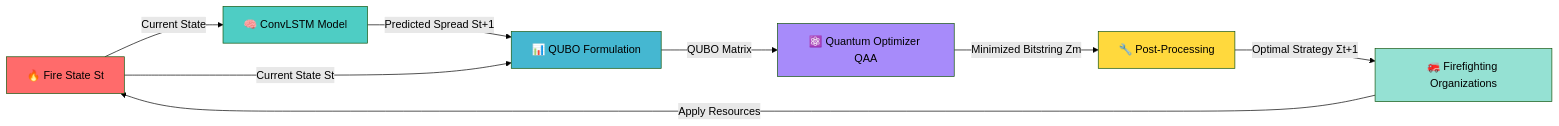
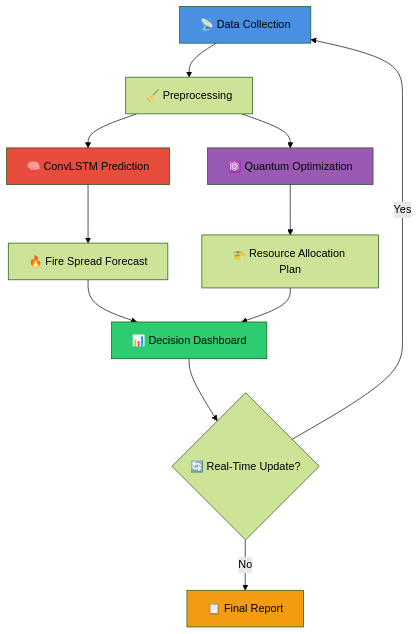
The diagram in README.md (qbrigade/hackathon_LATAM), drawn with Mermaid (forest theme) before and after one commit. The commit also changed other lines of this file, not shown here.

````diff
--- a/README.md
+++ b/README.md
@@ -124,17 +110,22 @@
 ```mermaid
-graph LR
-    F[🔥 Fire State St] -->|Current State| ML[🧠 ConvLSTM Model]
-    ML -->|Predicted Spread St+1| Classical[📊 QUBO Formulation]
-    F -->|Current State St| Classical
-    Classical -->|QUBO Matrix| QO[⚛️ Quantum Optimizer QAA]
-    QO -->|Minimized Bitstring Zm| PP[🔧 Post-Processing]
-    PP -->|Optimal Strategy Σt+1| W[🚒 Firefighting Organizations]
-    W -->|Apply Resources| F
+graph TB
+    A[📡 Data Collection] --> B[🧹 Preprocessing]
+    B --> C[🧠 ConvLSTM Prediction]
+    B --> D[⚛️ Quantum Optimization]
     
-    style F fill:#ff6b6b
-    style ML fill:#4ecdc4
-    style Classical fill:#45b7d1
-    style QO fill:#a78bfa
-    style PP fill:#ffd93d
-    style W fill:#95e1d3
+    C --> E[🔥 Fire Spread Forecast]
+    D --> F[🚁 Resource Allocation Plan]
+    
+    E --> G[📊 Decision Dashboard]
+    F --> G
+    
+    G --> H{🔄 Real-Time Update?}
+    H -->|Yes| A
+    H -->|No| I[📋 Final Report]
+    
+    style A fill:#4a90e2
+    style C fill:#e74c3c
+    style D fill:#9b59b6
+    style G fill:#2ecc71
+    style I fill:#f39c12
 ```
````
